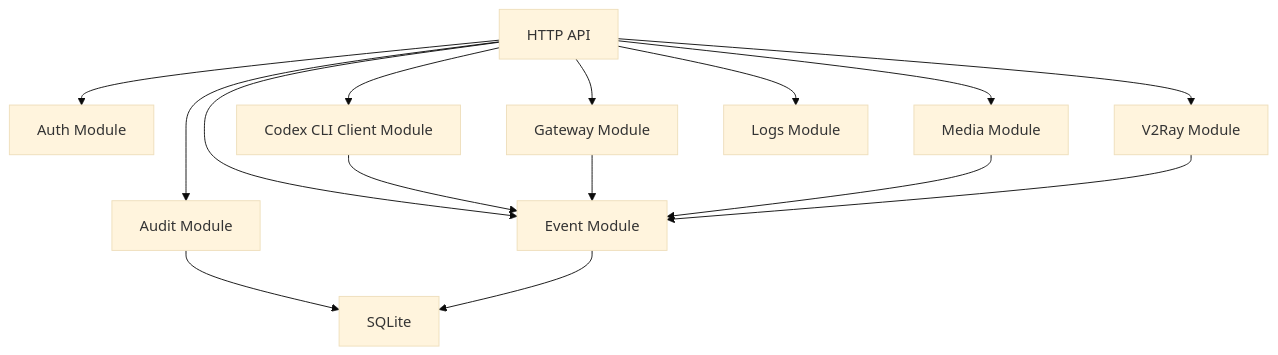
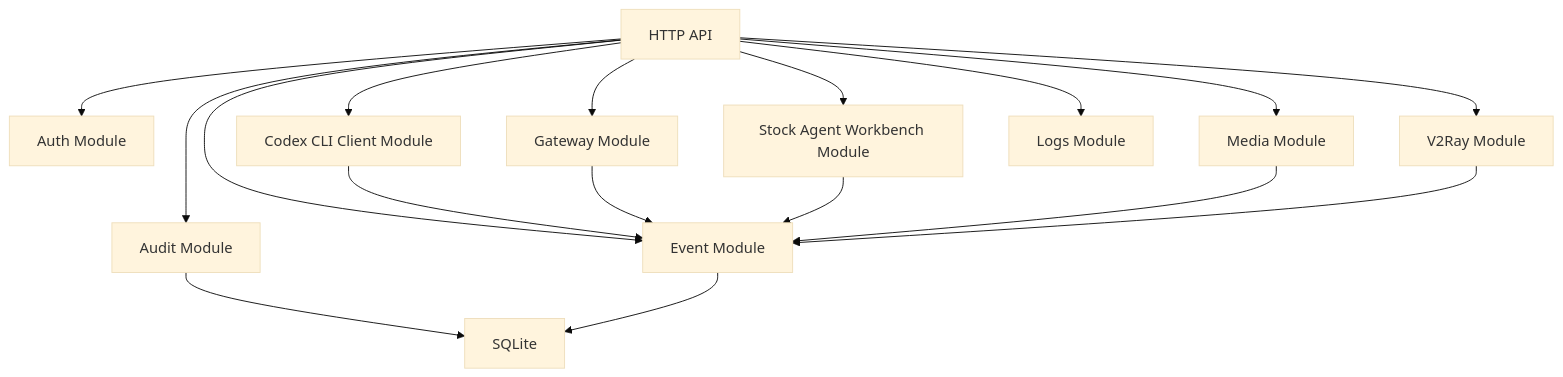
The second of 2 diagrams in docs/personal-web-terminal-technical-design.md (NageNalock/phantom-lancer), drawn with Mermaid (base theme) before and after one commit. The commit also changed other lines of this file and 29 other files, not shown here.

Commit message:
Add stock agent workbench closed loop

````diff
--- a/docs/personal-web-terminal-technical-design.md
+++ b/docs/personal-web-terminal-technical-design.md
@@ -107,18 +111,20 @@
 ```mermaid
 flowchart TD
   API["HTTP API"] --> Auth["Auth Module"]
   API --> CodexClient["Codex CLI Client Module"]
   API --> Gateway["Gateway Module"]
   API --> Media["Media Module"]
+  API --> Stock["Stock Agent Workbench Module"]
   API --> V2Ray["V2Ray Module"]
   API --> Logs["Logs Module"]
   API --> Audit["Audit Module"]
   API --> Event["Event Module"]
 
   CodexClient --> Event
   Gateway --> Event
+  Stock --> Event
   Media --> Event
   V2Ray --> Event
   Audit --> DB["SQLite"]
   Event --> DB
 ```
````
